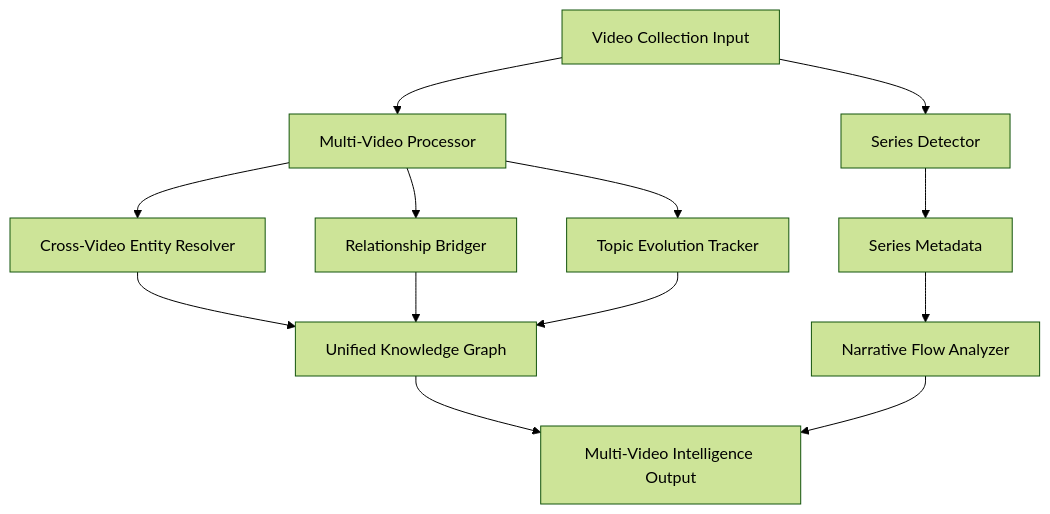
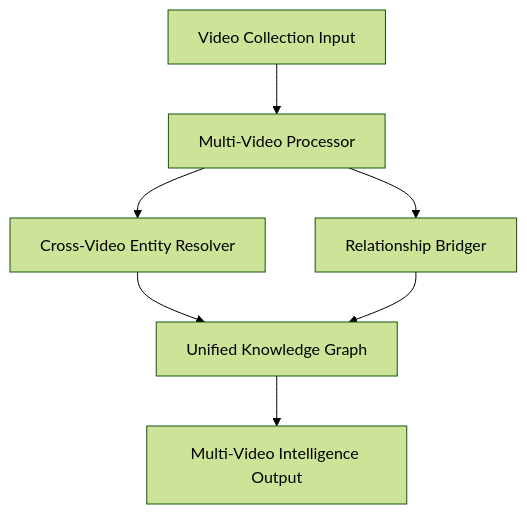
Before and after one commit to bubroz/clipscribe: the diagram in docs/advanced/architecture/MULTI_VIDEO_INTELLIGENCE_ARCHITECTURE.md, drawn with Mermaid (forest theme). The commit also changed other lines of this file and 9 other files, not shown here.

````diff
--- a/docs/advanced/architecture/MULTI_VIDEO_INTELLIGENCE_ARCHITECTURE.md
+++ b/docs/advanced/architecture/MULTI_VIDEO_INTELLIGENCE_ARCHITECTURE.md
@@ -11,15 +12,9 @@
 ```mermaid
 graph TD
-    A[Video Collection Input] --> B[Series Detector]
-    A --> C[Multi-Video Processor]
-    B --> D[Series Metadata]
+    A[Video Collection Input] --> C[Multi-Video Processor]
     C --> E[Cross-Video Entity Resolver]
     C --> F[Relationship Bridger]
-    C --> G[Topic Evolution Tracker]
     E --> H[Unified Knowledge Graph]
     F --> H
-    G --> H
-    D --> I[Narrative Flow Analyzer]
     H --> J[Multi-Video Intelligence Output]
-    I --> J
 ```
````
